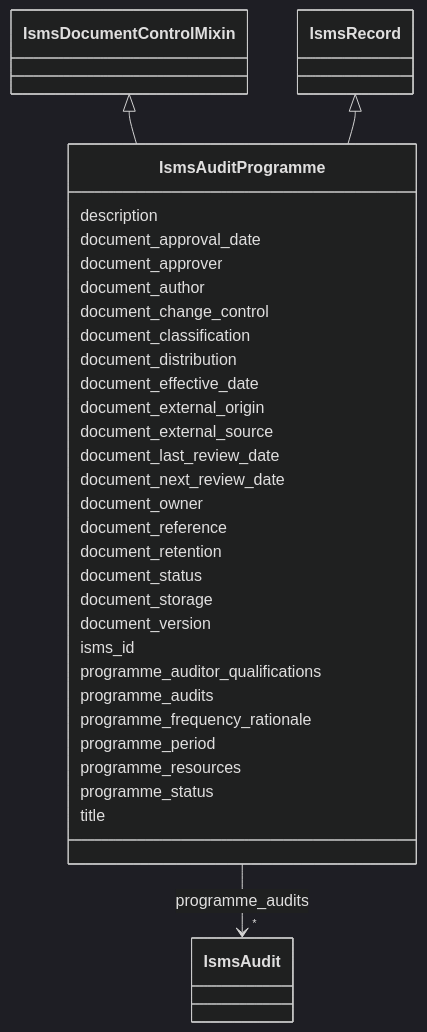
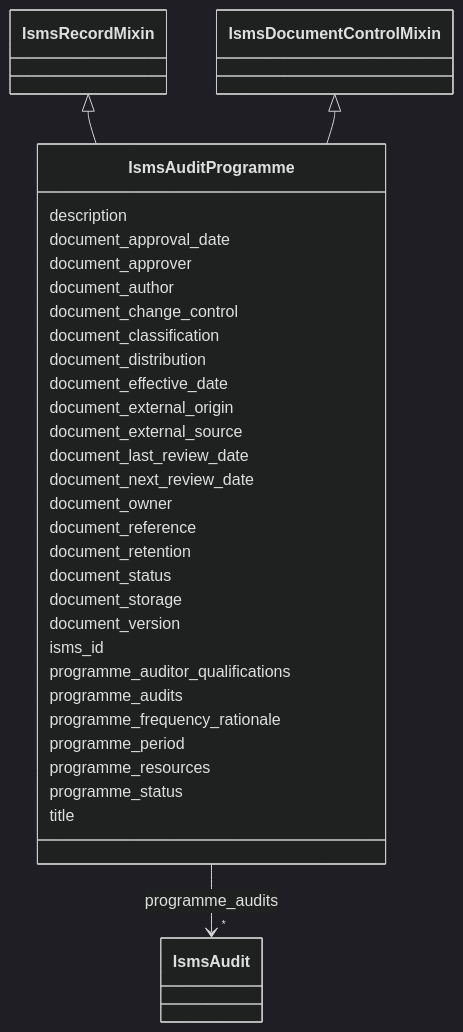
One commit to lmodel/iso27001 changed the diagram in project/mermaid/IsmsAuditProgramme.md. Above: the diagram before and after it, drawn with Mermaid (dark theme). The commit also changed 171 other files, not shown here.

Commit message:
refactor(schema): make the record base a mixin so adapt can root records

````diff
--- a/project/mermaid/IsmsAuditProgramme.md
+++ b/project/mermaid/IsmsAuditProgramme.md
@@ -4,72 +4,72 @@
 ```mermaid
  classDiagram
     class IsmsAuditProgramme
     click IsmsAuditProgramme href "../IsmsAuditProgramme"
+      IsmsRecordMixin <|-- IsmsAuditProgramme
+        click IsmsRecordMixin href "../IsmsRecordMixin"
       IsmsDocumentControlMixin <|-- IsmsAuditProgramme
         click IsmsDocumentControlMixin href "../IsmsDocumentControlMixin"
-      IsmsRecord <|-- IsmsAuditProgramme
-        click IsmsRecord href "../IsmsRecord"
       
       IsmsAuditProgramme : description
         
       IsmsAuditProgramme : document_approval_date
         
       IsmsAuditProgramme : document_approver
         
       IsmsAuditProgramme : document_author
         
       IsmsAuditProgramme : document_change_control
         
       IsmsAuditProgramme : document_classification
         
       IsmsAuditProgramme : document_distribution
         
       IsmsAuditProgramme : document_effective_date
         
       IsmsAuditProgramme : document_external_origin
         
       IsmsAuditProgramme : document_external_source
         
       IsmsAuditProgramme : document_last_review_date
         
       IsmsAuditProgramme : document_next_review_date
         
       IsmsAuditProgramme : document_owner
         
       IsmsAuditProgramme : document_reference
         
       IsmsAuditProgramme : document_retention
         
       IsmsAuditProgramme : document_status
         
       IsmsAuditProgramme : document_storage
         
       IsmsAuditProgramme : document_version
         
       IsmsAuditProgramme : isms_id
         
       IsmsAuditProgramme : programme_auditor_qualifications
         
       IsmsAuditProgramme : programme_audits
         
           
     
         
         
         IsmsAuditProgramme --> "*" IsmsAudit : programme_audits
         click IsmsAudit href "../IsmsAudit"
     
 
         
       IsmsAuditProgramme : programme_frequency_rationale
         
       IsmsAuditProgramme : programme_period
         
       IsmsAuditProgramme : programme_resources
         
       IsmsAuditProgramme : programme_status
         
       IsmsAuditProgramme : title
         
       
 ```
````
